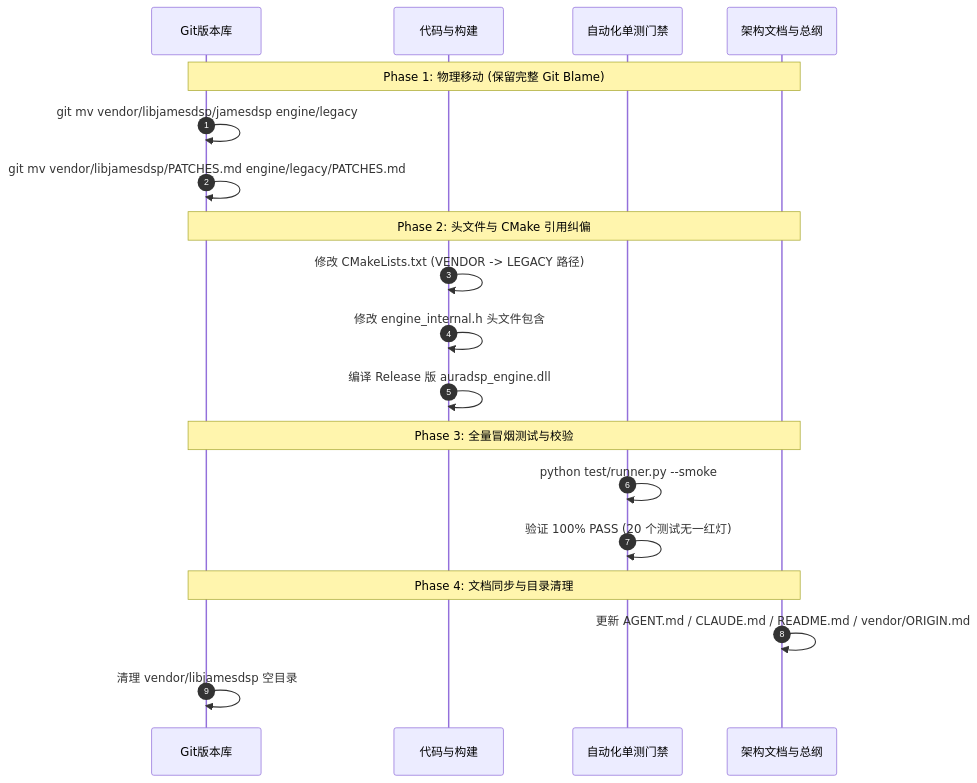
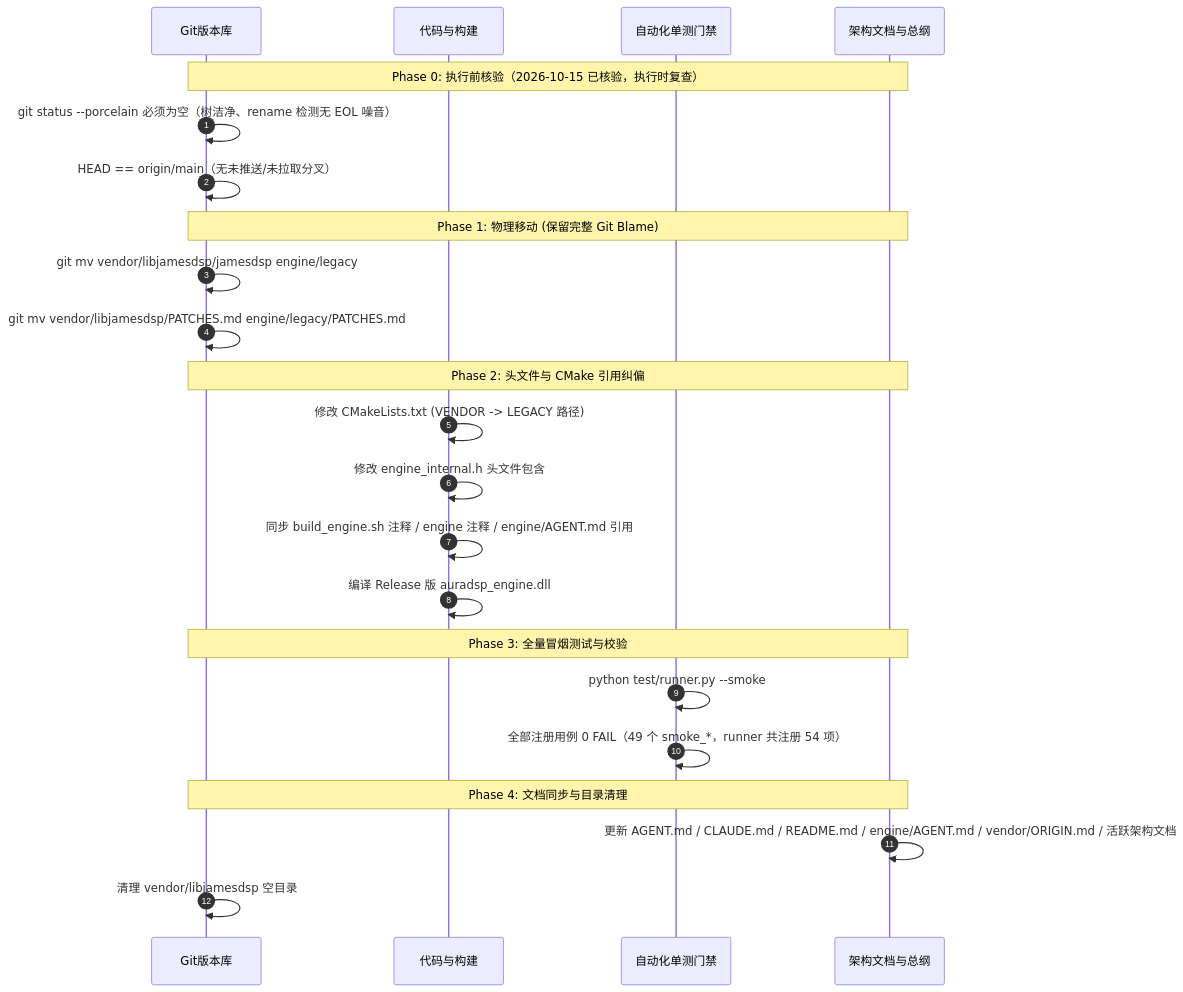
One commit to li589/AuraDSP changed the diagram in docs/20-执行/JamesDSP迁移至engine-legacy重组与融合实施方案-2026-10-15.md. Above: the diagram before and after it, drawn with Mermaid. The commit also changed other lines of this file, not shown here.

First line of the commit message:
docs(engine): engine-legacy 重组方案修订为 v2

````diff
--- a/docs/20-执行/JamesDSP迁移至engine-legacy重组与融合实施方案-2026-10-15.md
+++ b/docs/20-执行/JamesDSP迁移至engine-legacy重组与融合实施方案-2026-10-15.md
@@ -138,25 +171,30 @@
 ```mermaid
 sequenceDiagram
     autonumber
     participant Git as Git版本库
     participant Code as 代码与构建
     participant Test as 自动化单测门禁
     participant Doc as 架构文档与总纲
 
+    Note over Git,Doc: Phase 0: 执行前核验（2026-10-15 已核验，执行时复查）
+    Git->>Git: git status --porcelain 必须为空（树洁净、rename 检测无 EOL 噪音）
+    Git->>Git: HEAD == origin/main（无未推送/未拉取分叉）
+
     Note over Git,Doc: Phase 1: 物理移动 (保留完整 Git Blame)
     Git->>Git: git mv vendor/libjamesdsp/jamesdsp engine/legacy
     Git->>Git: git mv vendor/libjamesdsp/PATCHES.md engine/legacy/PATCHES.md
 
     Note over Git,Doc: Phase 2: 头文件与 CMake 引用纠偏
     Code->>Code: 修改 CMakeLists.txt (VENDOR -> LEGACY 路径)
     Code->>Code: 修改 engine_internal.h 头文件包含
+    Code->>Code: 同步 build_engine.sh 注释 / engine 注释 / engine/AGENT.md 引用
     Code->>Code: 编译 Release 版 auradsp_engine.dll
 
     Note over Git,Doc: Phase 3: 全量冒烟测试与校验
     Test->>Test: python test/runner.py --smoke
-    Test->>Test: 验证 100% PASS (20 个测试无一红灯)
+    Test->>Test: 全部注册用例 0 FAIL（49 个 smoke_*，runner 共注册 54 项）
 
     Note over Git,Doc: Phase 4: 文档同步与目录清理
-    Doc->>Doc: 更新 AGENT.md / CLAUDE.md / README.md / vendor/ORIGIN.md
+    Doc->>Doc: 更新 AGENT.md / CLAUDE.md / README.md / engine/AGENT.md / vendor/ORIGIN.md / 活跃架构文档
     Git->>Git: 清理 vendor/libjamesdsp 空目录
 ```
````
